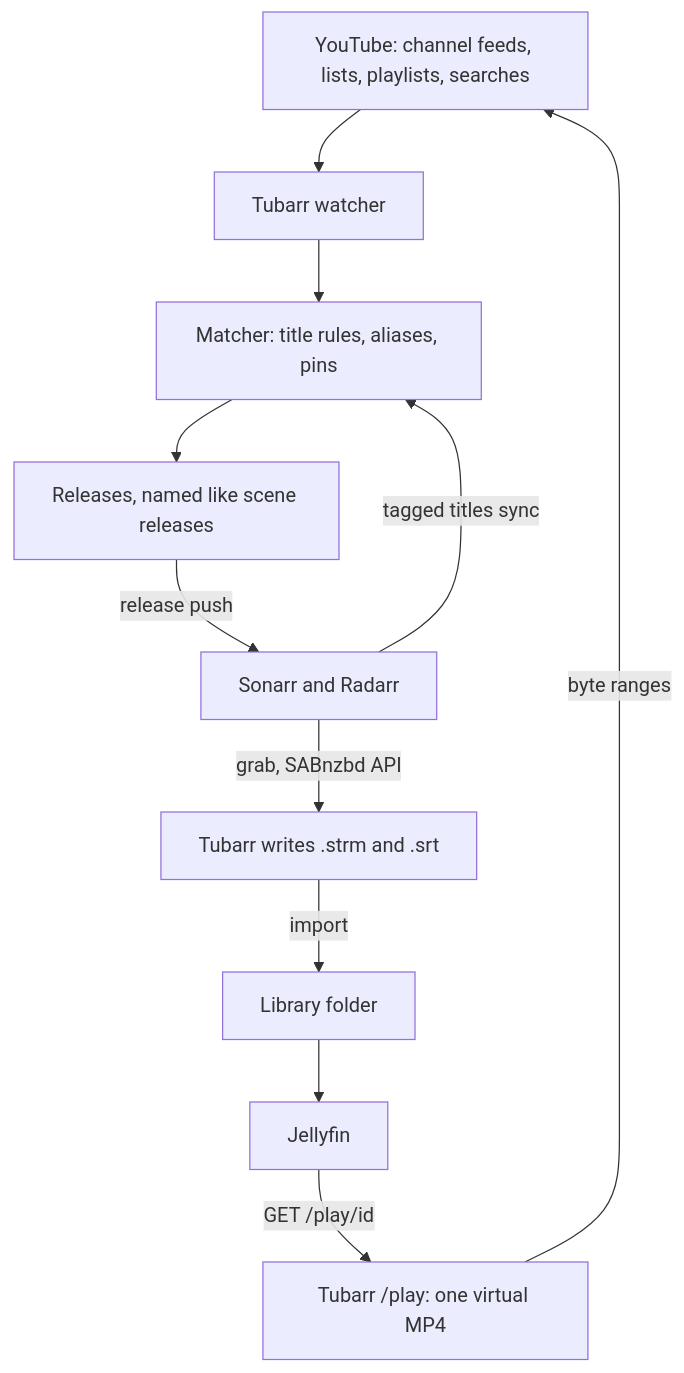
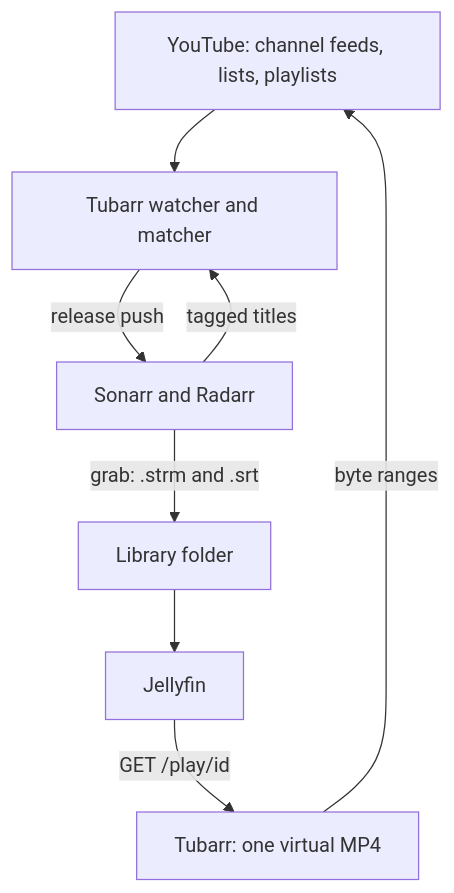
Before and after one commit to h1n054ur/tubarr: the diagram in README.md, drawn with Mermaid. The commit also changed other lines of this file and 50 other files, not shown here.

````diff
--- a/README.md
+++ b/README.md
@@ -47,13 +23,10 @@
 ```mermaid
 flowchart TB
-  yt["YouTube: channel feeds, lists, playlists, searches"] --> w["Tubarr watcher"]
-  w --> m["Matcher: title rules, aliases, pins"]
-  arr["Sonarr and Radarr"] -->|"tagged titles sync"| m
-  m --> rel["Releases, named like scene releases"]
-  rel -->|"release push"| arr
-  arr -->|"grab, SABnzbd API"| grab["Tubarr writes .strm and .srt"]
-  grab -->|"import"| lib["Library folder"]
+  yt["YouTube: channel feeds, lists, playlists"] --> w["Tubarr watcher and matcher"]
+  arr["Sonarr and Radarr"] -->|"tagged titles"| w
+  w -->|"release push"| arr
+  arr -->|"grab: .strm and .srt"| lib["Library folder"]
   lib --> jf["Jellyfin"]
-  jf -->|"GET /play/id"| play["Tubarr /play: one virtual MP4"]
+  jf -->|"GET /play/id"| play["Tubarr: one virtual MP4"]
   play -->|"byte ranges"| yt
 ```
````
